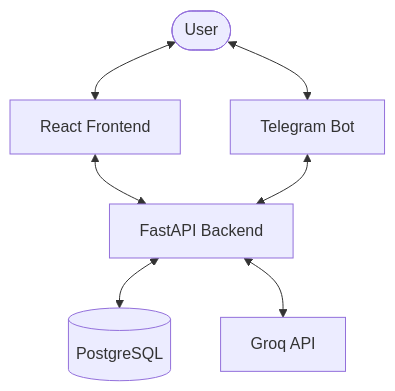
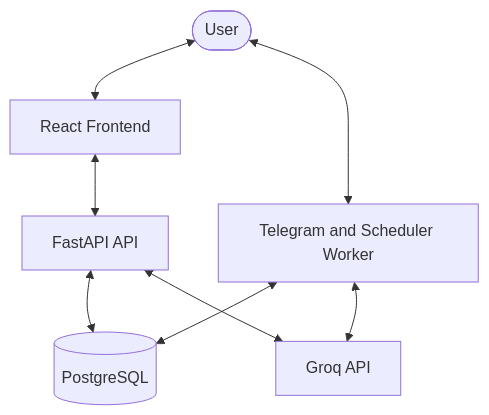
One commit to Anshchauhanhub/Axiom changed the diagram in project_architecture.md. Above: the diagram before and after it, drawn with Mermaid. The commit also changed other lines of this file and 64 other files, not shown here.

Commit message:
feat: add learning features and separate Telegram worker

````diff
--- a/project_architecture.md
+++ b/project_architecture.md
@@ -11,9 +11,10 @@
 ```mermaid
 graph TD
     User([User]) <--> Frontend[React Frontend]
-    User <--> Bot[Telegram Bot]
-    Frontend <--> Backend[FastAPI Backend]
-    Bot <--> Backend
-    Backend <--> DB[(PostgreSQL)]
-    Backend <--> LLM[Groq API]
+    User <--> Worker[Telegram and Scheduler Worker]
+    Frontend <--> API[FastAPI API]
+    Worker <--> DB[(PostgreSQL)]
+    API <--> DB
+    API <--> LLM[Groq API]
+    Worker <--> LLM
 ```
````
